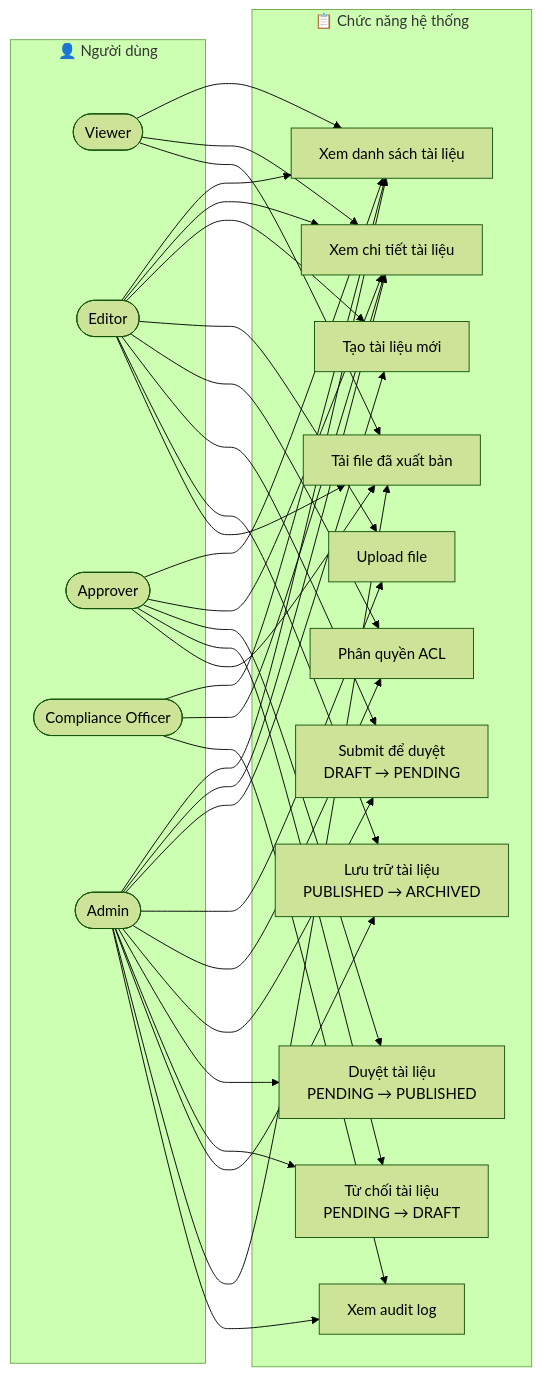
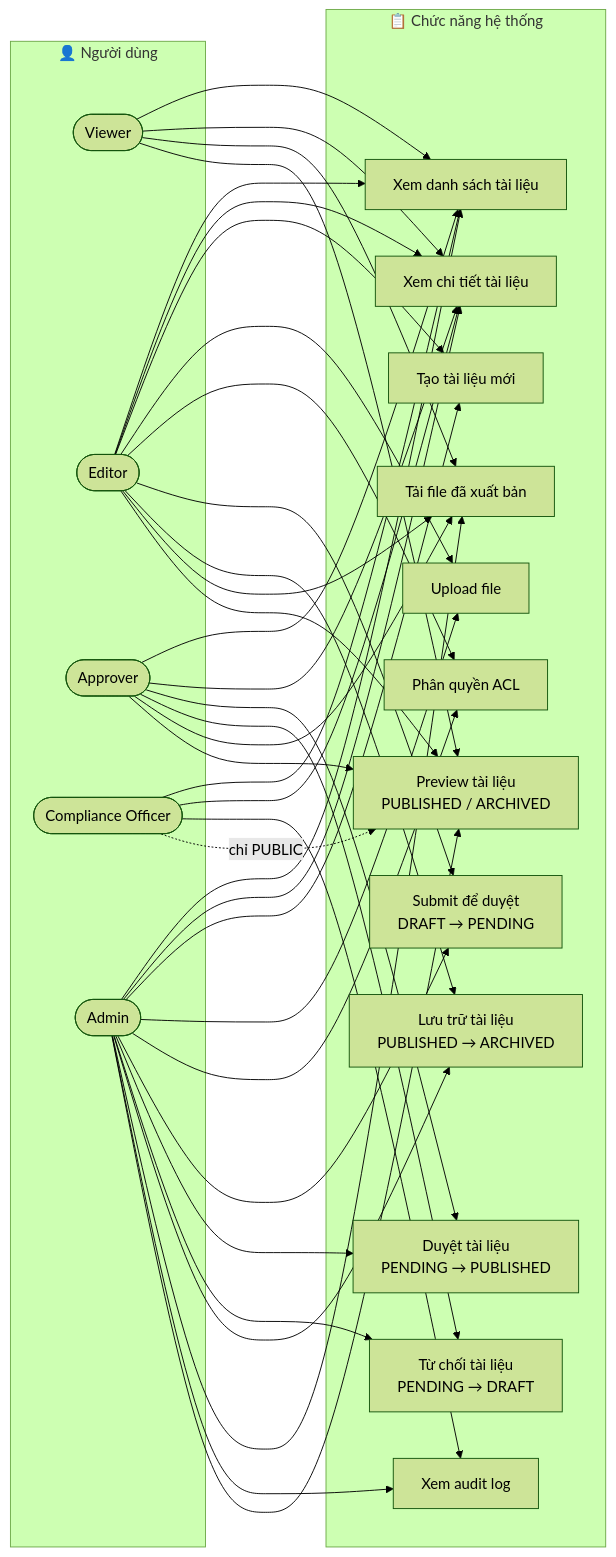
Before and after one commit to daithang59/docvault: the third of 3 diagrams in README.md, drawn with Mermaid (forest theme). The commit also changed other lines of this file and 6 other files, not shown here.

````diff
--- a/README.md
+++ b/README.md
@@ -79,59 +79,65 @@
 ```mermaid
 flowchart LR
     subgraph ACTORS["👤 Người dùng"]
         V(["Viewer"])
         E(["Editor"])
         A(["Approver"])
         CO(["Compliance Officer"])
         ADM(["Admin"])
     end
 
     subgraph USECASES["📋 Chức năng hệ thống"]
         UC1["Xem danh sách tài liệu"]
         UC2["Xem chi tiết tài liệu"]
         UC3["Tạo tài liệu mới"]
         UC4["Upload file"]
         UC5["Phân quyền ACL"]
         UC6["Submit để duyệt\nDRAFT → PENDING"]
         UC7["Duyệt tài liệu\nPENDING → PUBLISHED"]
         UC8["Từ chối tài liệu\nPENDING → DRAFT"]
         UC9["Lưu trữ tài liệu\nPUBLISHED → ARCHIVED"]
         UC10["Tải file đã xuất bản"]
         UC11["Xem audit log"]
+        UC12["Preview tài liệu\nPUBLISHED / ARCHIVED"]
     end
 
     V --> UC1
     V --> UC2
     V --> UC10
+    V --> UC12
 
     E --> UC1
     E --> UC2
     E --> UC3
     E --> UC4
     E --> UC5
     E --> UC6
     E --> UC9
     E --> UC10
+    E --> UC12
 
     A --> UC1
     A --> UC2
     A --> UC7
     A --> UC8
     A --> UC10
+    A --> UC12
 
     CO --> UC1
     CO --> UC2
     CO --> UC11
+    CO -.->|"chỉ PUBLIC"| UC12
 
     ADM --> UC1
     ADM --> UC2
     ADM --> UC3
     ADM --> UC4
     ADM --> UC5
     ADM --> UC6
     ADM --> UC7
     ADM --> UC8
     ADM --> UC9
     ADM --> UC10
     ADM --> UC11
+    ADM --> UC12
 ```
````
